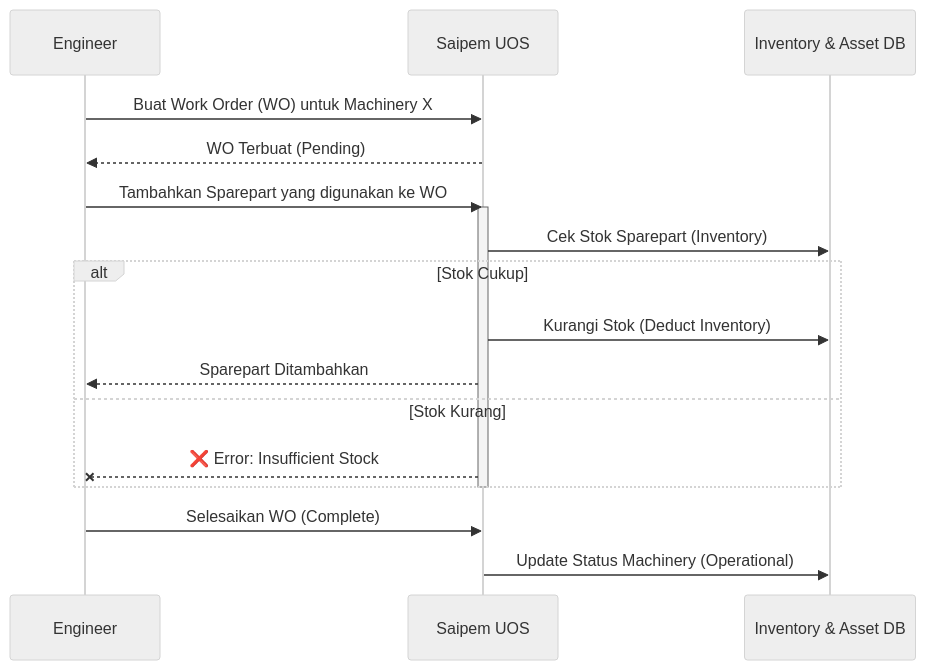
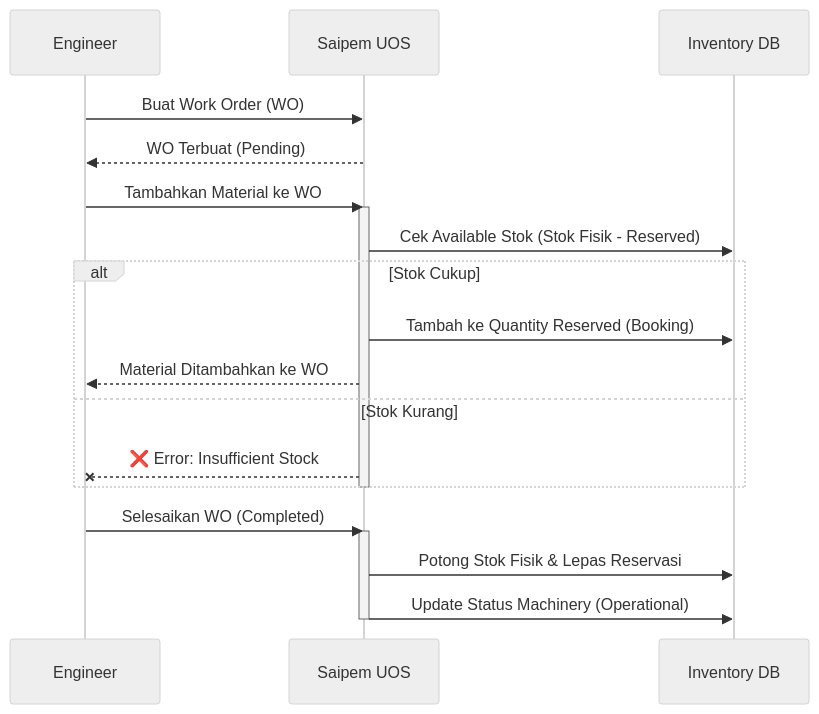
One commit to DiegoSavio1027/saipem changed the third of 3 diagrams in README.md. Above: the diagram before and after it, drawn with Mermaid (neutral theme). The commit also changed other lines of this file, not shown here.

Commit message:
docs: strictly map actors to actual system roles

````diff
--- a/README.md
+++ b/README.md
@@ -131,23 +132,26 @@
 ```mermaid
 sequenceDiagram
     participant Eng as Engineer
     participant System as Saipem UOS
-    participant DB as Inventory & Asset DB
+    participant DB as Inventory DB
     
-    Eng->>System: Buat Work Order (WO) untuk Machinery X
+    Eng->>System: Buat Work Order (WO)
     System-->>Eng: WO Terbuat (Pending)
     
-    Eng->>System: Tambahkan Sparepart yang digunakan ke WO
+    Eng->>System: Tambahkan Material ke WO
     activate System
-    System->>DB: Cek Stok Sparepart (Inventory)
+    System->>DB: Cek Available Stok (Stok Fisik - Reserved)
     alt Stok Cukup
-        System->>DB: Kurangi Stok (Deduct Inventory)
-        System-->>Eng: Sparepart Ditambahkan
+        System->>DB: Tambah ke Quantity Reserved (Booking)
+        System-->>Eng: Material Ditambahkan ke WO
     else Stok Kurang
         System--xEng: ❌ Error: Insufficient Stock
     end
     deactivate System
     
-    Eng->>System: Selesaikan WO (Complete)
+    Eng->>System: Selesaikan WO (Completed)
+    activate System
+    System->>DB: Potong Stok Fisik & Lepas Reservasi
     System->>DB: Update Status Machinery (Operational)
+    deactivate System
 ```
````
